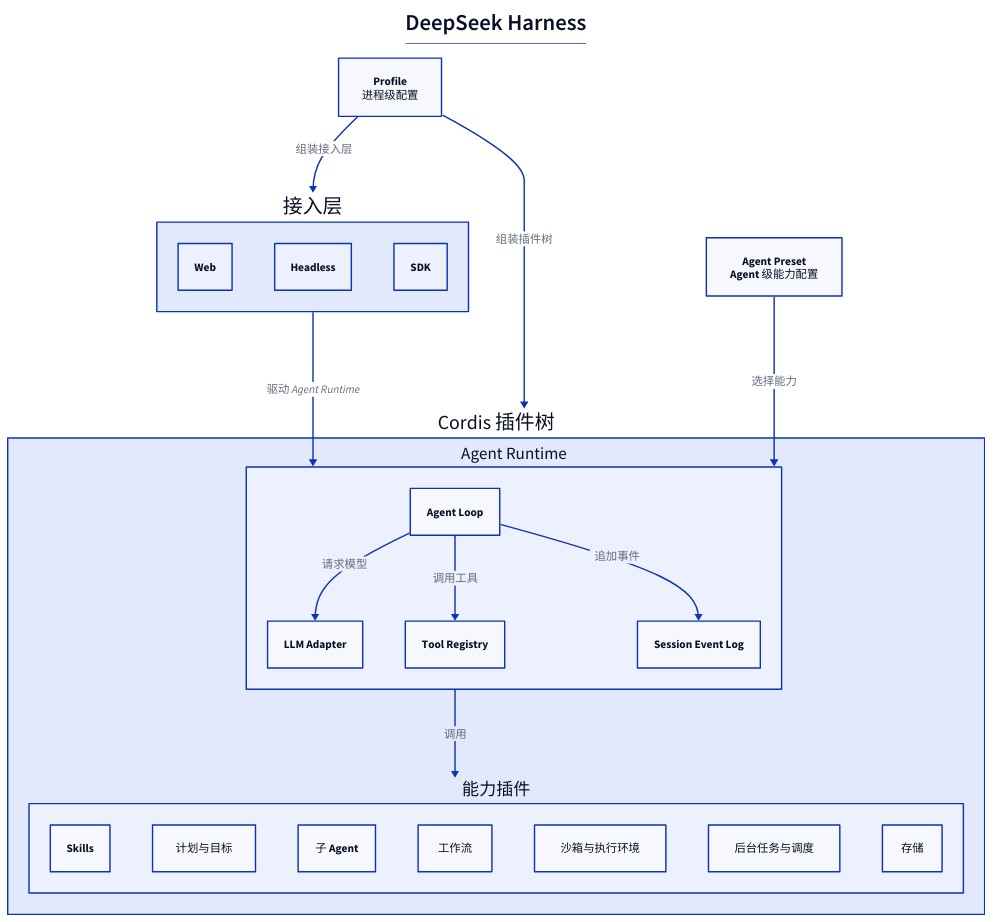
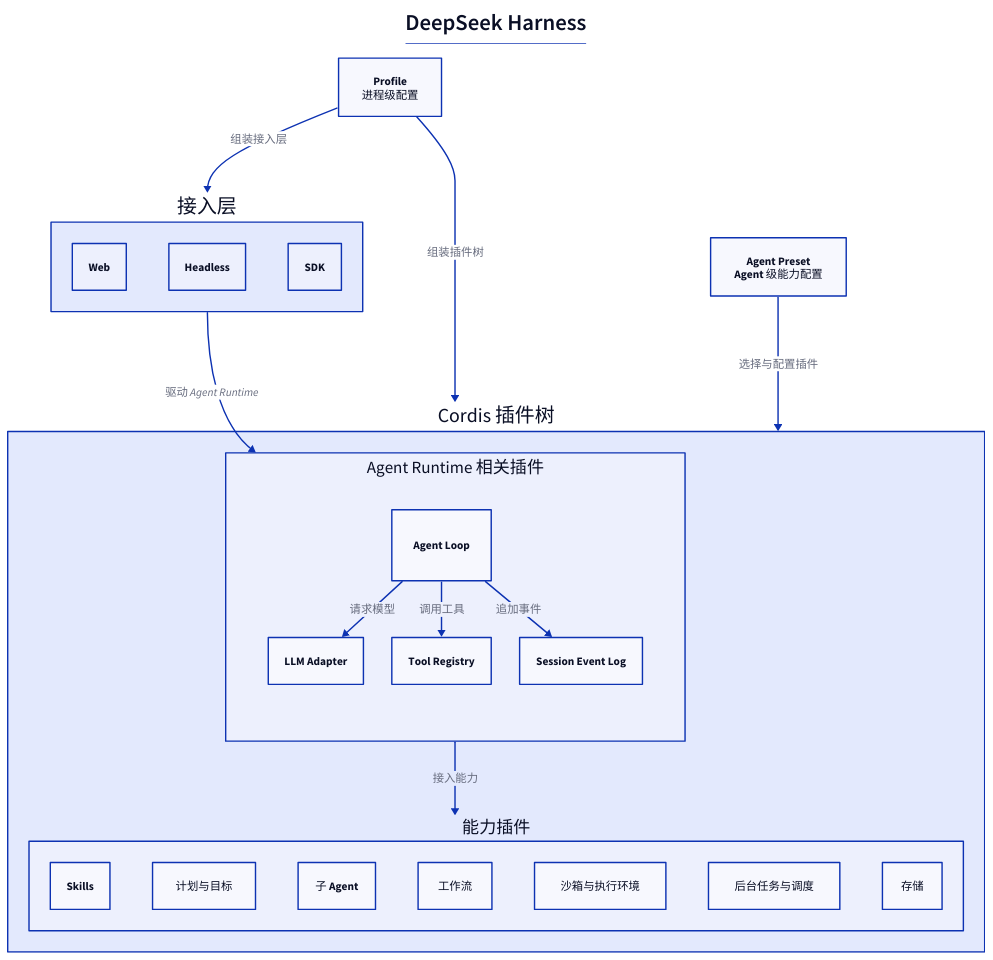
One commit to youngluo/thinking changed the diagram in apps/docs/ai/DeepSeek Harness/DeepSeek Harness 是什么.md. Above: the diagram before and after it, drawn with D2. The commit also changed other lines of this file and 7 other files, not shown here.

Commit message:
docs: refine agent architecture docs and diagrams

````diff
--- a/apps/docs/ai/DeepSeek Harness/DeepSeek Harness 是什么.md
+++ b/apps/docs/ai/DeepSeek Harness/DeepSeek Harness 是什么.md
@@ -51,53 +71,57 @@
 ```d2 fold
 direction: down
 title: |md
   # DeepSeek Harness
 | {near: top-center}
 
 entry: "接入层" {
-  class: subgroup
   direction: right
   web: "Web"
   headless: "Headless"
   sdk: "SDK"
 }
 profile: "Profile\n进程级配置"
 preset: "Agent Preset\nAgent 级能力配置"
 
 plugins: "Cordis 插件树" {
-  class: subgroup
   direction: right
 
-  runtime: "Agent Runtime" {
-    class: group
-    direction: down
+  runtime: "Agent Runtime 相关插件" {
+    grid-rows: 2
+    grid-columns: 3
+    vertical-gap: 80
+    pad-left: "" {
+      style.opacity: 0
+    }
     loop: "Agent Loop"
+    pad-right: "" {
+      style.opacity: 0
+    }
     llm: "LLM Adapter"
     tools: "Tool Registry"
     session: "Session Event Log"
 
     loop -> llm: "请求模型"
     loop -> tools: "调用工具"
     loop -> session: "追加事件"
   }
 
   capabilities: "能力插件" {
-    class: group
     direction: down
     skills: "Skills"
     planning: "计划与目标"
     subagent: "子 Agent"
     workflow: "工作流"
     sandbox: "沙箱与执行环境"
     jobs: "后台任务与调度"
     storage: "存储"
   }
 
-  runtime -> capabilities: "调用"
+  runtime -> capabilities: "接入能力"
 }
 
 entry -> plugins.runtime: "驱动 Agent Runtime"
 profile -> entry: "组装接入层"
 profile -> plugins: "组装插件树"
-preset -> plugins.runtime: "选择能力"
+preset -> plugins: "选择与配置插件"
 ```
````
